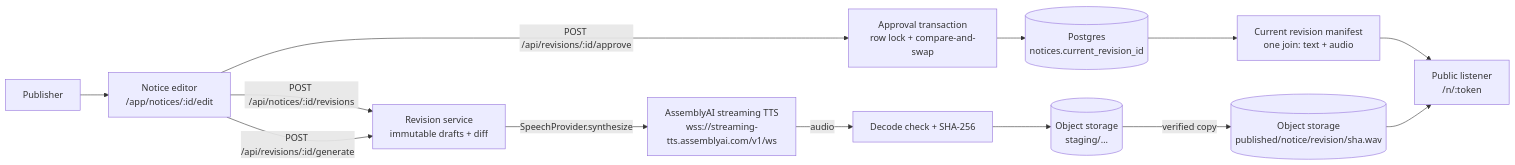
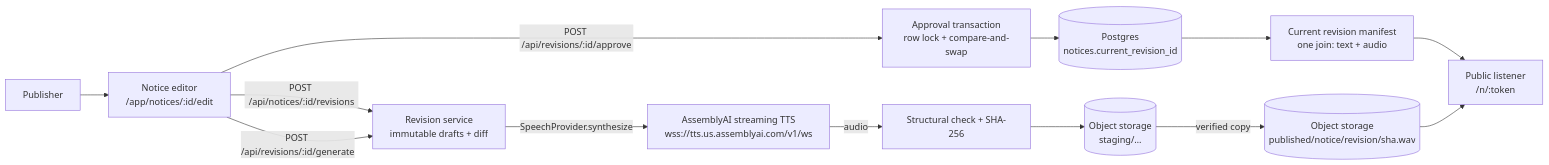
The diagram in README.md (TheWeirdDee/aftersend), drawn with Mermaid before and after one commit. The commit also changed other lines of this file, not shown here.

````diff
--- a/README.md
+++ b/README.md
@@ -62,15 +63,15 @@
 ```mermaid
 flowchart LR
   P[Publisher] --> E[Notice editor<br/>/app/notices/:id/edit]
   E -->|POST /api/notices/:id/revisions| RS[Revision service<br/>immutable drafts + diff]
   E -->|POST /api/revisions/:id/generate| RS
-  RS -->|SpeechProvider.synthesize| TTS[AssemblyAI streaming TTS<br/>wss://streaming-tts.assemblyai.com/v1/ws]
-  TTS -->|audio| V[Decode check + SHA-256]
+  RS -->|SpeechProvider.synthesize| TTS[AssemblyAI streaming TTS<br/>wss://tts.us.assemblyai.com/v1/ws]
+  TTS -->|audio| V[Structural check + SHA-256]
   V --> ST[(Object storage<br/>staging/…)]
   E -->|POST /api/revisions/:id/approve| TX[Approval transaction<br/>row lock + compare-and-swap]
   ST -->|verified copy| PUB[(Object storage<br/>published/notice/revision/sha.wav)]
   TX --> DB[(Postgres<br/>notices.current_revision_id)]
   DB --> M[Current revision manifest<br/>one join: text + audio]
   M --> L[Public listener<br/>/n/:token]
   PUB --> L
 ```
````
